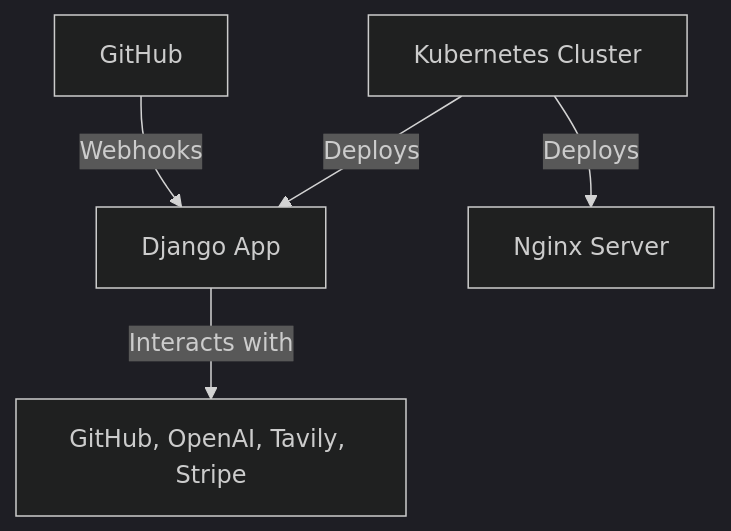
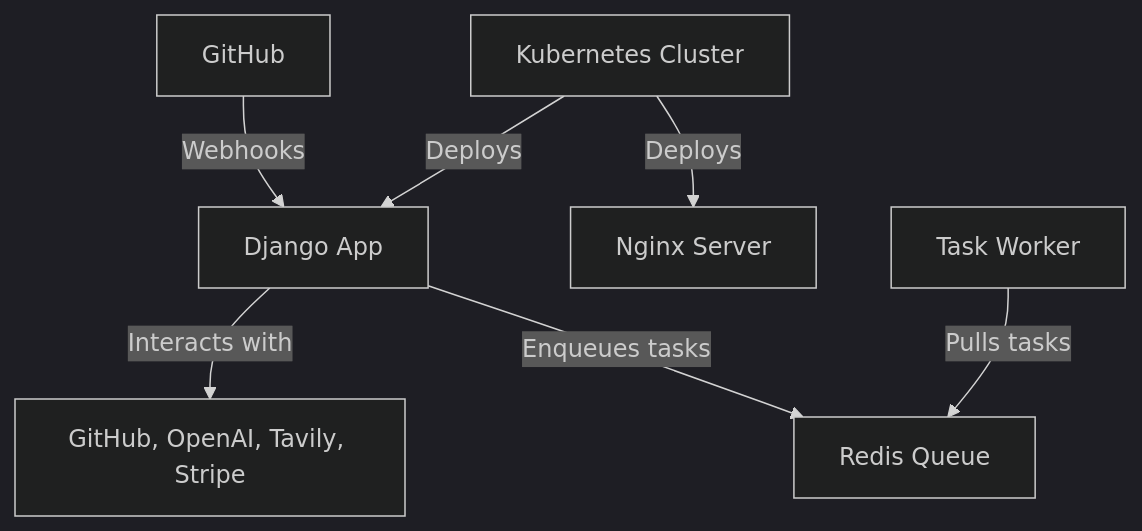
One commit to StarwarsUniverse89/pr-pilot changed the diagram in docs/code/architecture.md. Above: the diagram before and after it, drawn with Mermaid (dark theme). The commit also changed other lines of this file, not shown here.

Commit message:
📝 Update documentation for task worker and Redis queue in PR Pilot architecture (#95)
I've updated the `docs/code/architecture.md` documentation to include
information about the task worker and Redis queue as requested. This
update outlines their roles within the PR Pilot architecture, enhancing
the documentation's comprehensiveness regarding asynchronous task
management and execution.
**Origin:** [Technical Specification for Implement Redis Queue for Task
Scheduling](https://github.com/PR-Pilot-AI/pr-pilot/issues/85#issuecomment-2079788634)

---------

````diff
--- a/docs/code/architecture.md
+++ b/docs/code/architecture.md
@@ -7,7 +7,9 @@
 ```mermaid
 graph TD
     A[GitHub] -->|Webhooks| B[Django App]    
     C[Kubernetes Cluster] -->|Deploys| D[Nginx Server]
     C -->|Deploys| B
     B -->|Interacts with| E[GitHub, OpenAI, Tavily, Stripe]
+    B -->|Enqueues tasks| F[Redis Queue]
+    G[Task Worker] -->|Pulls tasks| F
 ```
````
